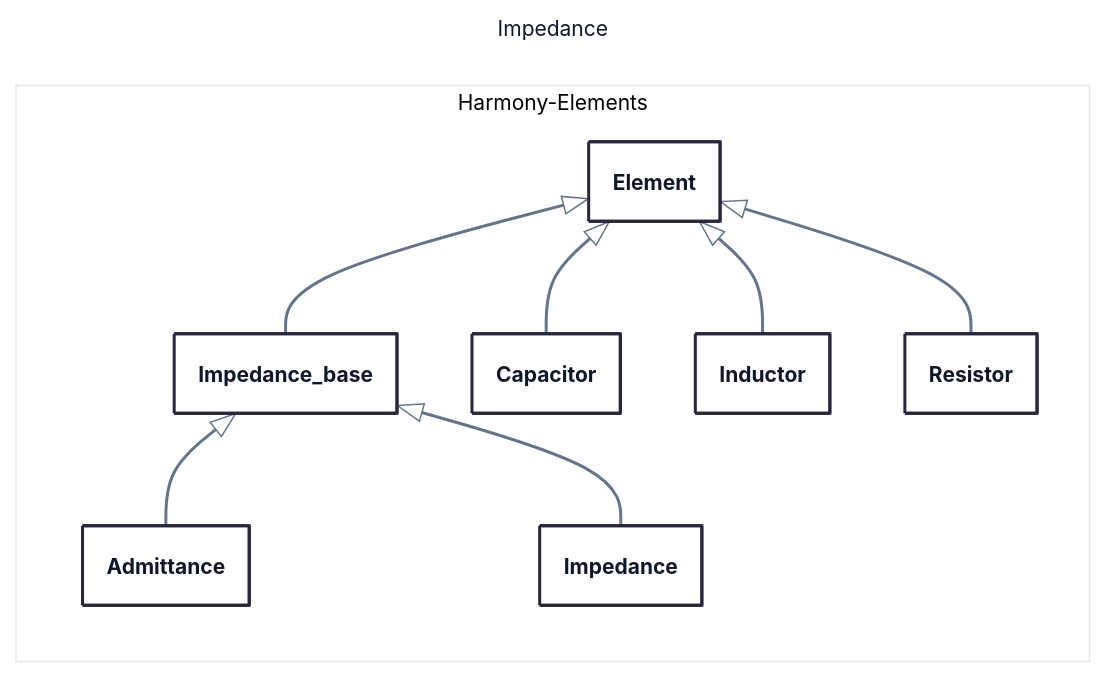
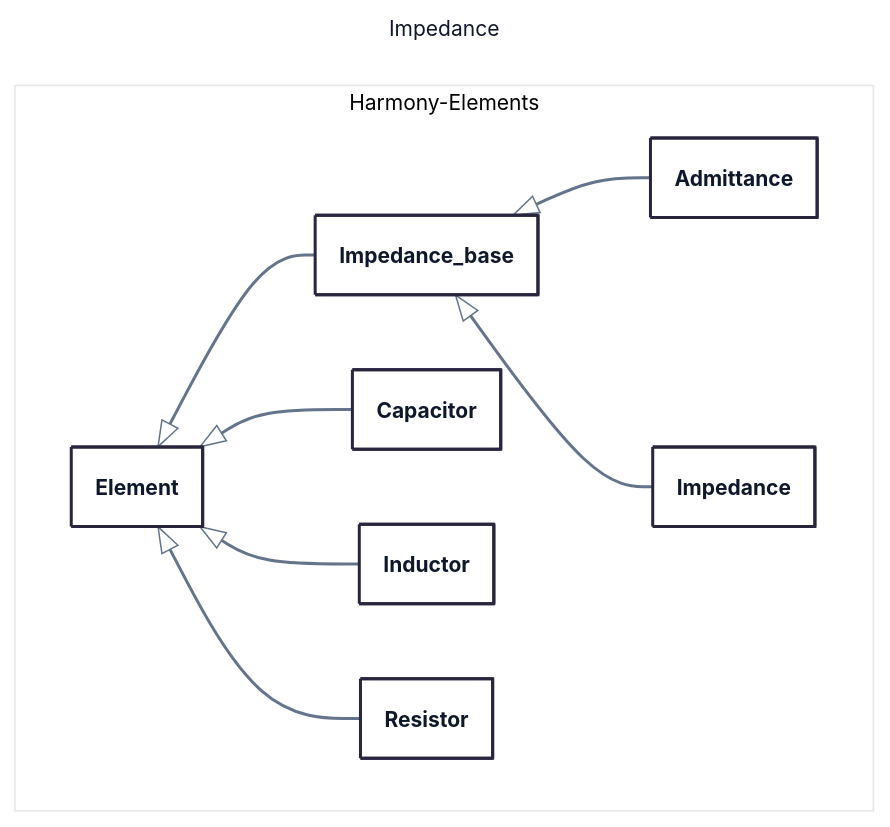
The second of 7 diagrams in class_diagram.md (yiquintero/tmp), drawn with Mermaid before and after one commit. The commit also changed other lines of this file, not shown here.

First line of the commit message:
Modify class diagram details and sections

````diff
--- a/class_diagram.md
+++ b/class_diagram.md
@@ -55,35 +55,34 @@
 ```mermaid
 ---
 title: Impedance
 config:
   theme: redux-color
   themeVariables:
     fontFamily: Segoe UI, -apple-system, BlinkMacSystemFont, sans-serif
     lineColor: "#64748B"
     primaryTextColor: "#0F172A"
   flowchart:
     wrappingWidth: 450
   class:
     hideEmptyMembersBox: true
     padding: 16
 ---
 classDiagram
-  direction LR
   namespace Harmony-Elements {
     class Element {}
   }
   namespace Harmony-Elements {
     class Impedance_base {}
     class Admittance {}
     class Impedance {}
     class Capacitor {}
     class Inductor {}
     class Resistor {}
   }
   Element <|-- Impedance_base
   Element <|-- Capacitor
   Element <|-- Inductor
   Element <|-- Resistor
   Impedance_base <|-- Admittance
   Impedance_base <|-- Impedance
 ```
````
